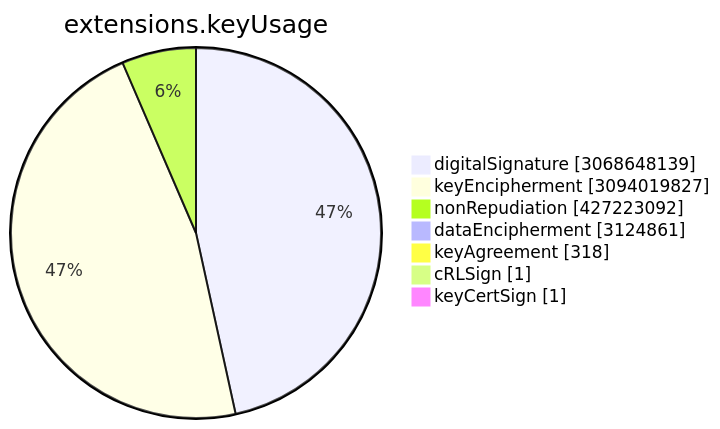
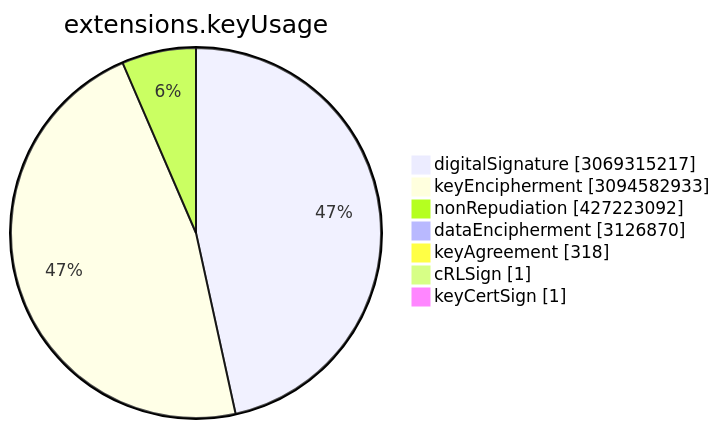
Before and after one commit to christiankrug/ctmonitor_visualization: the sixth of 15 diagrams in TOTAL/README.md, drawn with Mermaid. The commit also changed other lines of this file, not shown here.

````diff
--- a/TOTAL/README.md
+++ b/TOTAL/README.md
@@ -3075,11 +3075,11 @@
 ```mermaid
 pie showData
 title extensions.keyUsage
-"digitalSignature" :3068648139
-"keyEncipherment" :3094019827
+"digitalSignature" :3069315217
+"keyEncipherment" :3094582933
 "nonRepudiation" :427223092
-"dataEncipherment" :3124861
+"dataEncipherment" :3126870
 "keyAgreement" :318
 "cRLSign" :1
 "keyCertSign" :1
 ```
````
